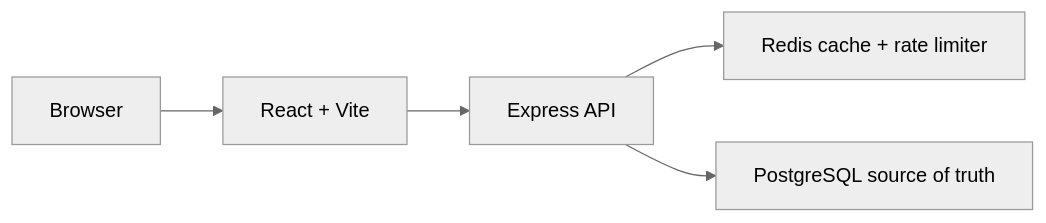
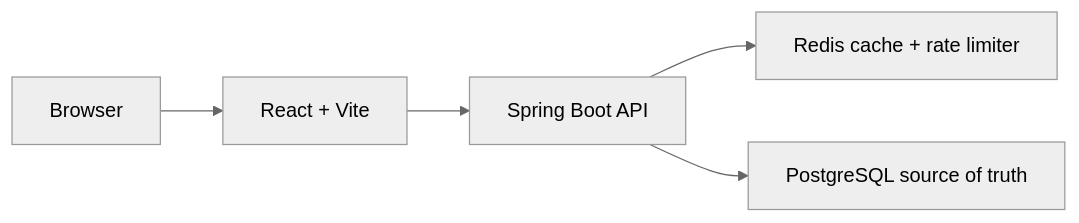
Before and after one commit to shivamsharma2509/Distributed-URL-Shortener: the diagram in README.md, drawn with Mermaid (neutral theme). The commit also changed other lines of this file and 129 other files, not shown here.

Commit message:
Migrate URL shortener backend to Spring Boot

````diff
--- a/README.md
+++ b/README.md
@@ -19,7 +19,7 @@
 ```mermaid
 flowchart LR
     Browser --> Web["React + Vite"]
-    Web --> API["Express API"]
+    Web --> API["Spring Boot API"]
     API --> Redis["Redis cache + rate limiter"]
     API --> Postgres["PostgreSQL source of truth"]
 ```
````
